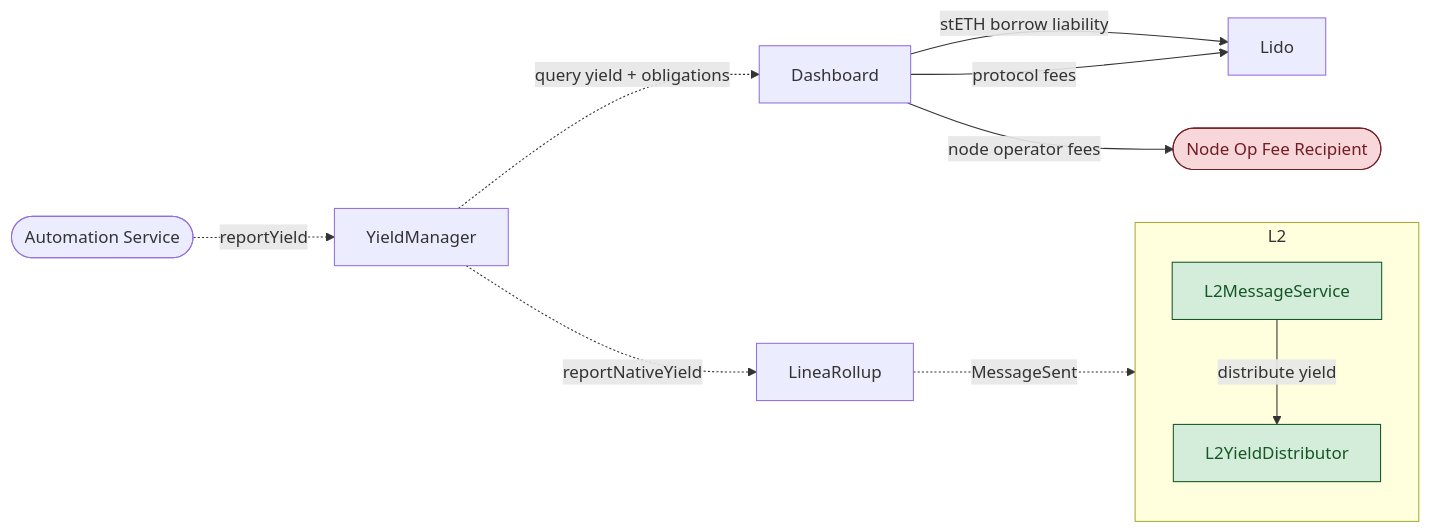
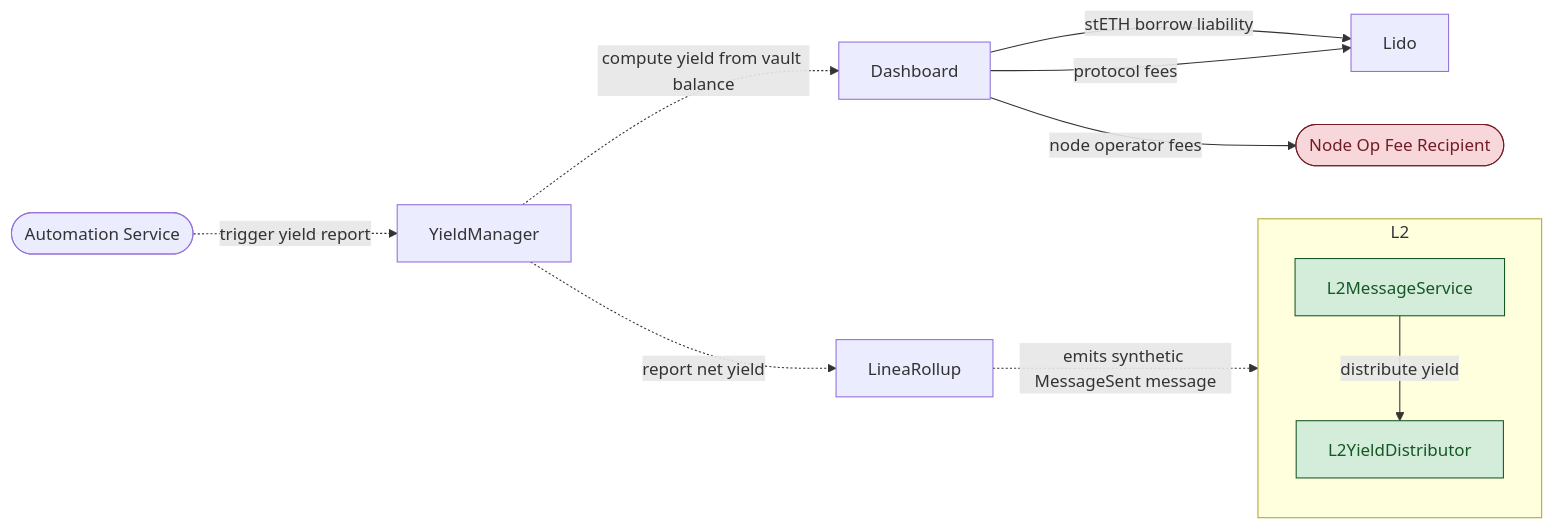
The second of 8 diagrams in docs/protocol/yield-boost.mdx (Consensys/doc.linea), drawn with Mermaid before and after one commit. The commit also changed other lines of this file, not shown here.

Commit message:
docs: expand yield reporting section with step-by-step explanation

````diff
--- a/docs/protocol/yield-boost.mdx
+++ b/docs/protocol/yield-boost.mdx
@@ -70,22 +77,22 @@
 ```mermaid
 flowchart LR
     subgraph L2["L2"]
       direction TB
       L2MS[L2MessageService]
       L2YD[L2YieldDistributor]
     end
-    Auto([Automation Service]) -.->|reportYield| YM[YieldManager]
-    YM -.->|query yield + obligations| DB[Dashboard]
+    Auto([Automation Service]) -.->|trigger yield report| YM[YieldManager]
+    YM -.->|compute yield from vault balance| DB[Dashboard]
     DB -->|stETH borrow liability| Lido[Lido]
     DB -->|protocol fees| Lido
     DB -->|node operator fees| FeeRecipient([Node Op Fee Recipient])
-    YM -.->|reportNativeYield| LR[LineaRollup]
-    LR -.->|MessageSent| L2MS[L2MessageService]
+    YM -.->|report net yield| LR[LineaRollup]
+    LR -.->|emits synthetic MessageSent message| L2MS[L2MessageService]
     L2MS -->|distribute yield| L2YD[L2YieldDistributor]
 
     classDef l2 fill:#d4edda,stroke:#155724,stroke-width:1px,color:#155724
     classDef admin fill:#f8d7da,stroke:#721c24,stroke-width:1px,color:#721c24
 
     class L2MS,L2YD l2
     class FeeRecipient admin
 ```
````
